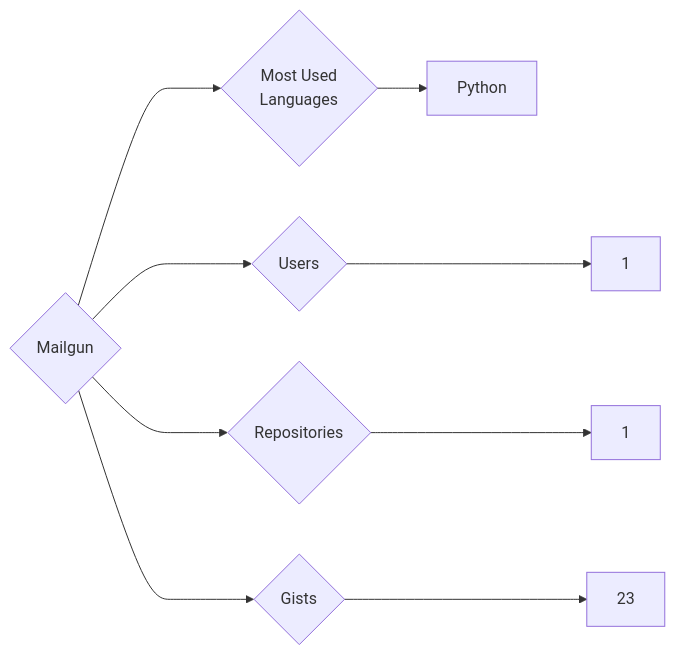
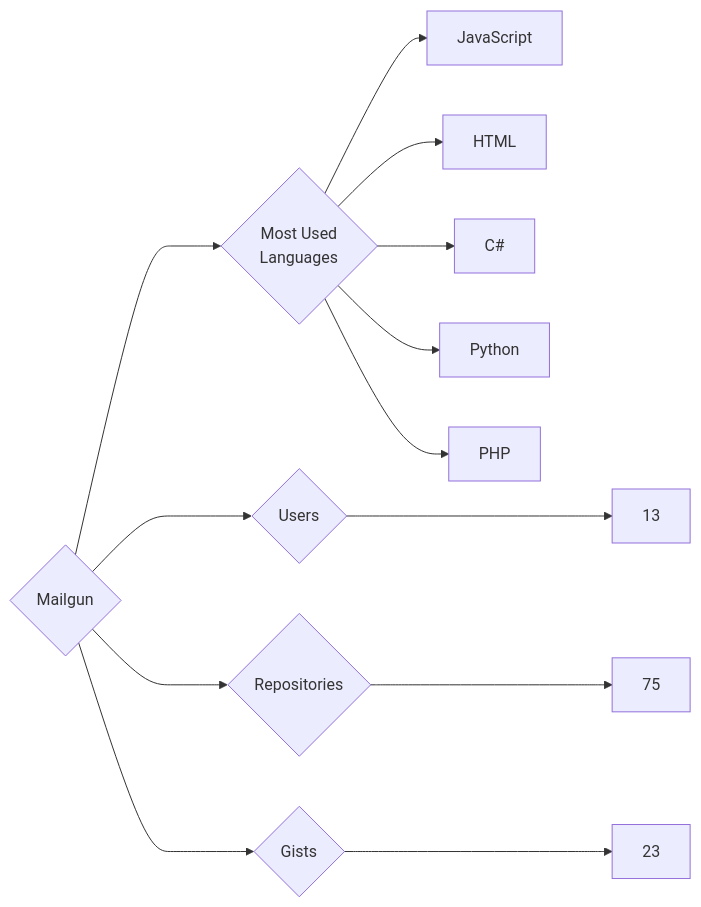
One commit to trickest/insiders changed the diagram in targets/Mailgun/README.md. Above: the diagram before and after it, drawn with Mermaid. The commit also changed 930 other files, not shown here.

````diff
--- a/targets/Mailgun/README.md
+++ b/targets/Mailgun/README.md
@@ -3,9 +3,13 @@
 ```mermaid
 graph LR
 COMPANY_NAME{Mailgun}
-COMPANY_NAME ---> U{Users} ---> UN[1]
-COMPANY_NAME ---> R{Repositories} ---> RN[1]
+COMPANY_NAME ---> U{Users} ---> UN[13]
+COMPANY_NAME ---> R{Repositories} ---> RN[75]
 COMPANY_NAME ---> G{Gists} ---> GN[23]
 COMPANY_NAME ---> ML{Most Used<br>Languages}
+ML --> JavaScript[JavaScript]
+ML --> HTML[HTML]
+ML --> C#[C#]
 ML --> Python[Python]
+ML --> PHP[PHP]
 ```
````
